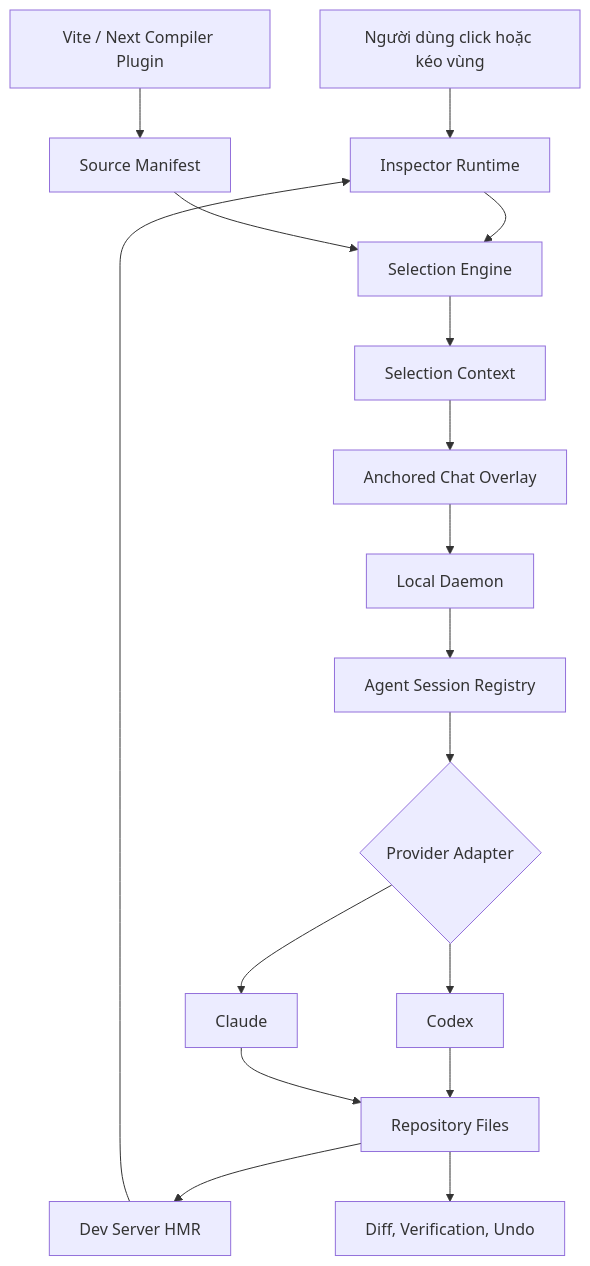
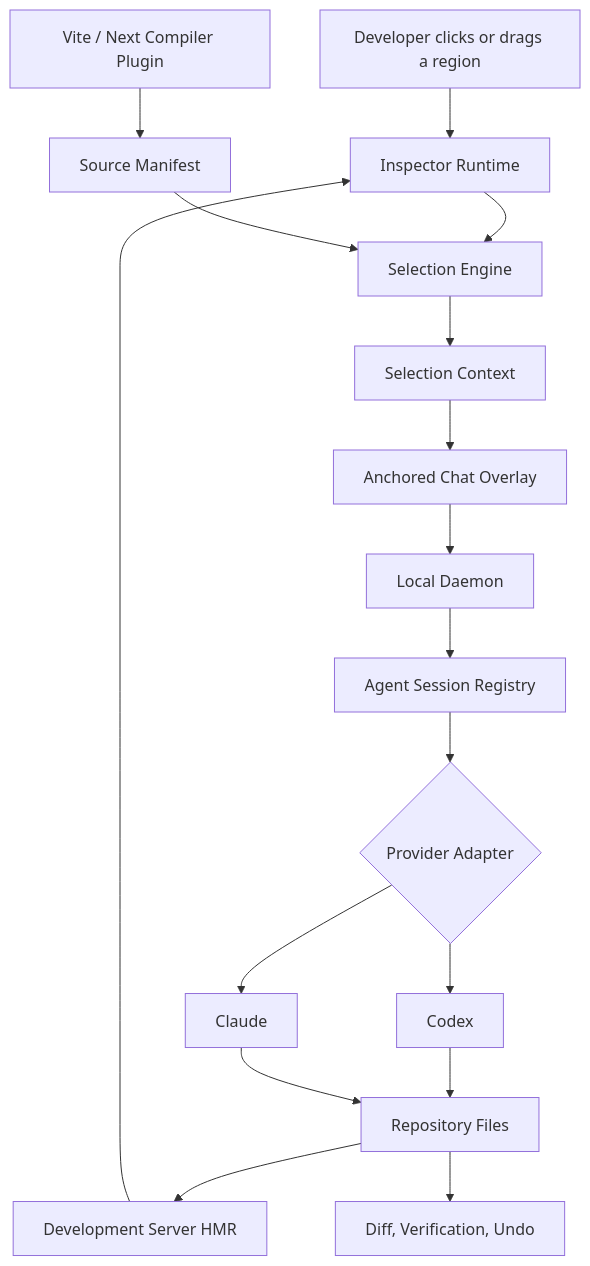
One commit to TQCuong241/PatchLens-AI changed the second of 2 diagrams in README.md. Above: the diagram before and after it, drawn with Mermaid. The commit also changed other lines of this file and 35 other files, not shown here.

````diff
--- a/README.md
+++ b/README.md
@@ -200,19 +254,19 @@
 ```mermaid
 flowchart TD
-    User["Người dùng click hoặc kéo vùng"] --> Inspector["Inspector Runtime"]
+    User["Developer clicks or drags a region"] --> Inspector["Inspector Runtime"]
     Compiler["Vite / Next Compiler Plugin"] --> Manifest["Source Manifest"]
     Inspector --> Selection["Selection Engine"]
     Manifest --> Selection
     Selection --> Context["Selection Context"]
     Context --> Chat["Anchored Chat Overlay"]
     Chat --> Daemon["Local Daemon"]
     Daemon --> Registry["Agent Session Registry"]
     Registry --> Adapter{"Provider Adapter"}
     Adapter --> Codex["Codex"]
     Adapter --> Claude["Claude"]
     Codex --> Files["Repository Files"]
     Claude --> Files
-    Files --> HMR["Dev Server HMR"]
+    Files --> HMR["Development Server HMR"]
     HMR --> Inspector
     Files --> Review["Diff, Verification, Undo"]
 ```
````
